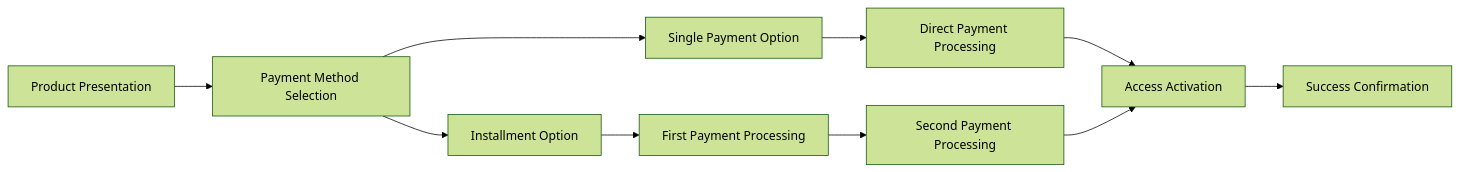
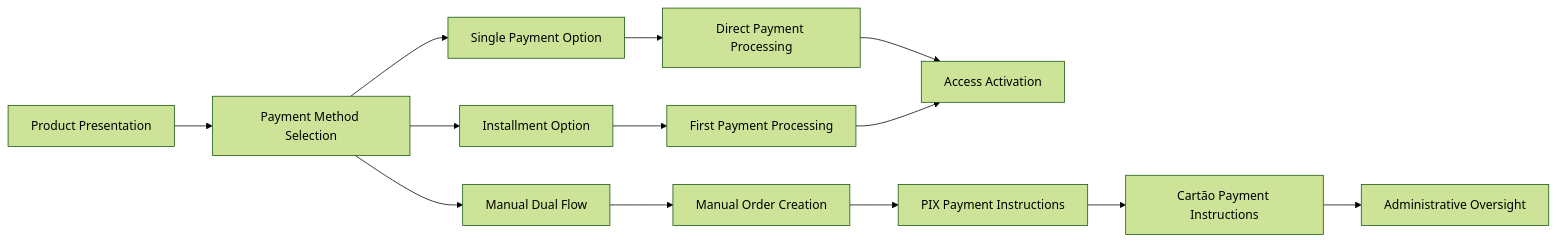
One commit to Alexandrexicara/qretiquetas.com changed the eighth of 14 diagrams in .qoder/repowiki/en/content/Payment System Architecture/Payment System Architecture.md. Above: the diagram before and after it, drawn with Mermaid (forest theme). The commit also changed other lines of this file and 6 other files, not shown here.

````diff
--- a/.qoder/repowiki/en/content/Payment System Architecture/Payment System Architecture.md
+++ b/.qoder/repowiki/en/content/Payment System Architecture/Payment System Architecture.md
@@ -224,12 +311,15 @@
 ```mermaid
 graph LR
 A[Product Presentation] --> B[Payment Method Selection]
 B --> C[Single Payment Option]
 B --> D[Installment Option]
-C --> E[Direct Payment Processing]
-D --> F[First Payment Processing]
-F --> G[Second Payment Processing]
-E --> H[Access Activation]
+B --> E[Manual Dual Flow]
+C --> F[Direct Payment Processing]
+D --> G[First Payment Processing]
+F --> H[Access Activation]
 G --> H
-H --> I[Success Confirmation]
+E --> I[Manual Order Creation]
+I --> J[PIX Payment Instructions]
+J --> K[Cartão Payment Instructions]
+K --> L[Administrative Oversight]
 ```
````
